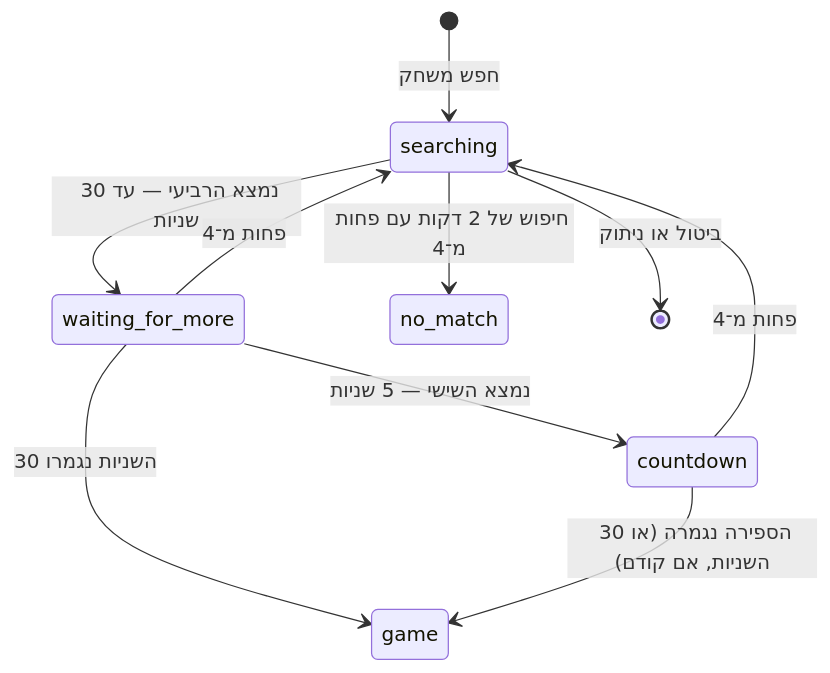
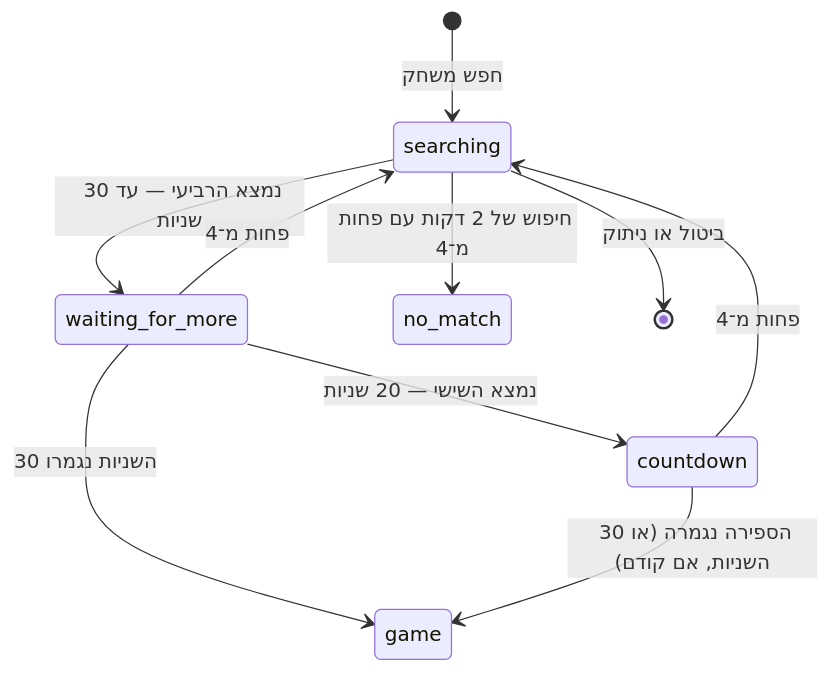
The fourth of 4 diagrams in docs/architecture.md (dorohayon/Imposter-IL), drawn with Mermaid before and after one commit. The commit also changed other lines of this file and 7 other files, not shown here.

````diff
--- a/docs/architecture.md
+++ b/docs/architecture.md
@@ -147,12 +147,12 @@
 ```mermaid
 stateDiagram-v2
     [*] --> searching: חפש משחק
     searching --> waiting_for_more: נמצא הרביעי — עד 30 שניות
-    waiting_for_more --> countdown: נמצא השישי — 5 שניות
+    waiting_for_more --> countdown: נמצא השישי — 20 שניות
     waiting_for_more --> game: 30 השניות נגמרו
     countdown --> game: הספירה נגמרה (או 30 השניות, אם קודם)
     waiting_for_more --> searching: פחות מ־4
     countdown --> searching: פחות מ־4
     searching --> no_match: חיפוש של 2 דקות עם פחות מ־4
     searching --> [*]: ביטול או ניתוק
 ```
````
